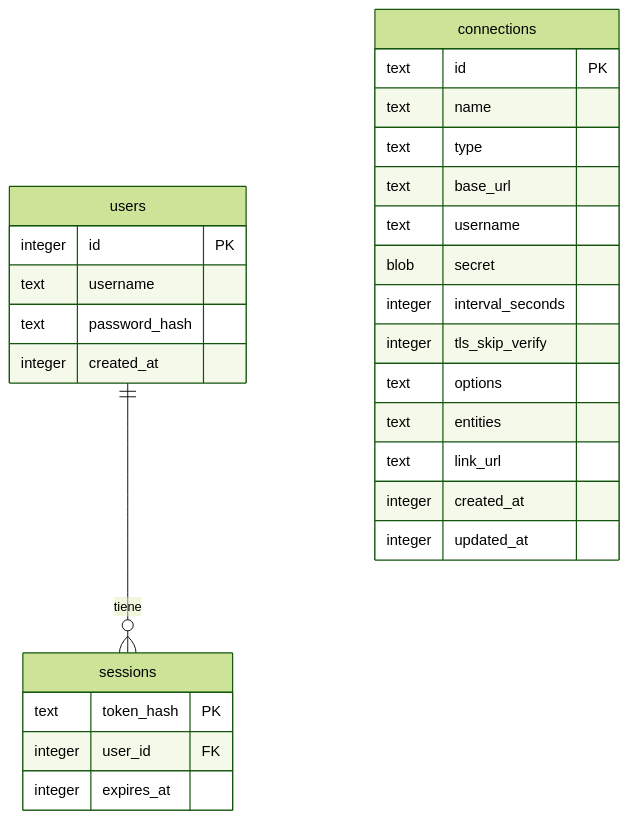
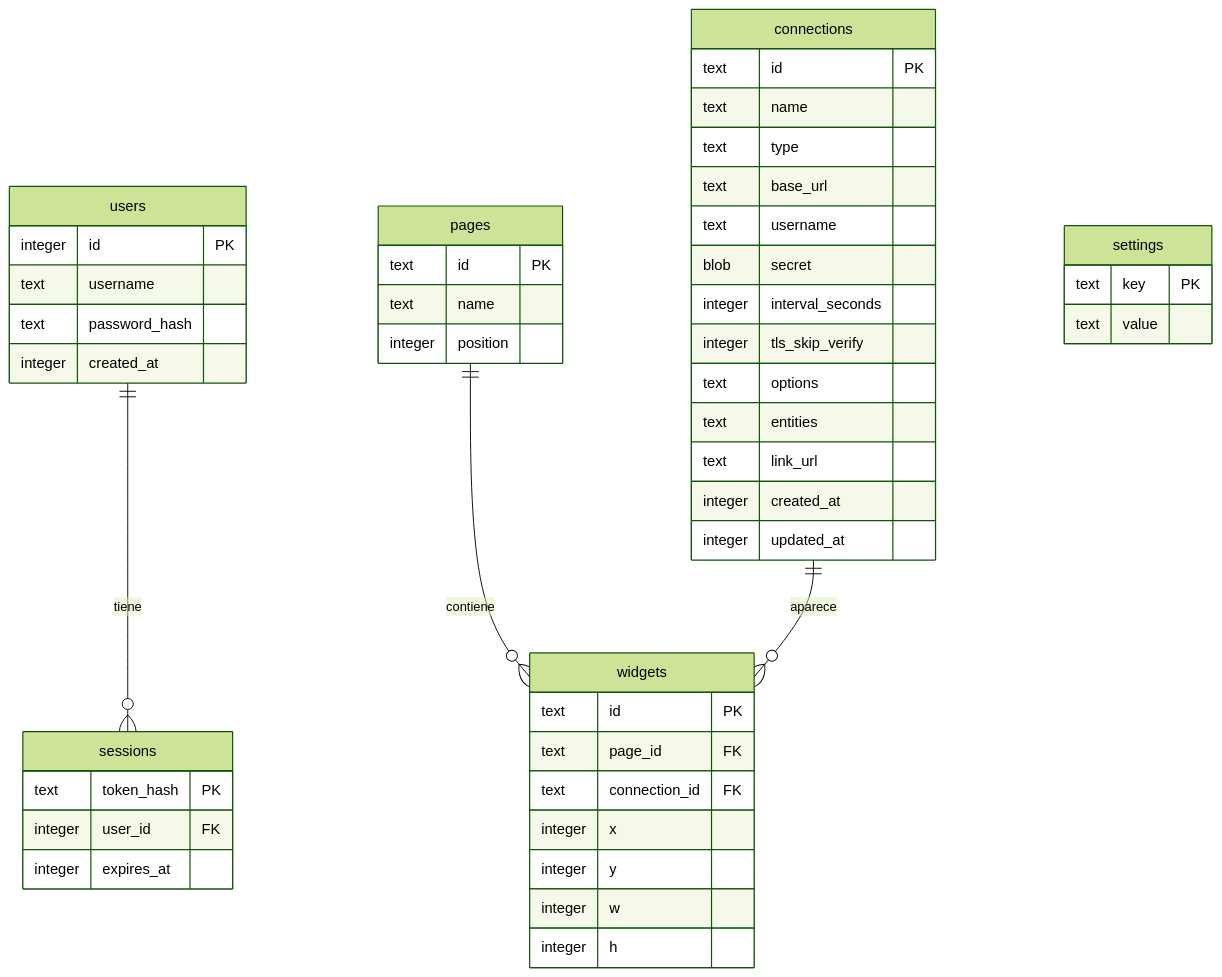
The third of 3 diagrams in docs/proyecto/02-arquitectura.md (izakdev/talaia), drawn with Mermaid (forest theme) before and after one commit. The commit also changed other lines of this file and 41 other files, not shown here.

````diff
--- a/docs/proyecto/02-arquitectura.md
+++ b/docs/proyecto/02-arquitectura.md
@@ -185,30 +192,50 @@
 ```mermaid
 erDiagram
     users ||--o{ sessions : tiene
+    pages ||--o{ widgets : contiene
+    connections ||--o{ widgets : aparece
+    settings {
+        text key PK
+        text value
+    }
+    pages {
+        text id PK
+        text name
+        integer position
+    }
+    widgets {
+        text id PK
+        text page_id FK
+        text connection_id FK
+        integer x
+        integer y
+        integer w
+        integer h
+    }
     users {
         integer id PK
         text username
         text password_hash
         integer created_at
     }
     sessions {
         text token_hash PK
         integer user_id FK
         integer expires_at
     }
     connections {
         text id PK
         text name
         text type
         text base_url
         text username
         blob secret
         integer interval_seconds
         integer tls_skip_verify
         text options
         text entities
         text link_url
         integer created_at
         integer updated_at
     }
 ```
````
